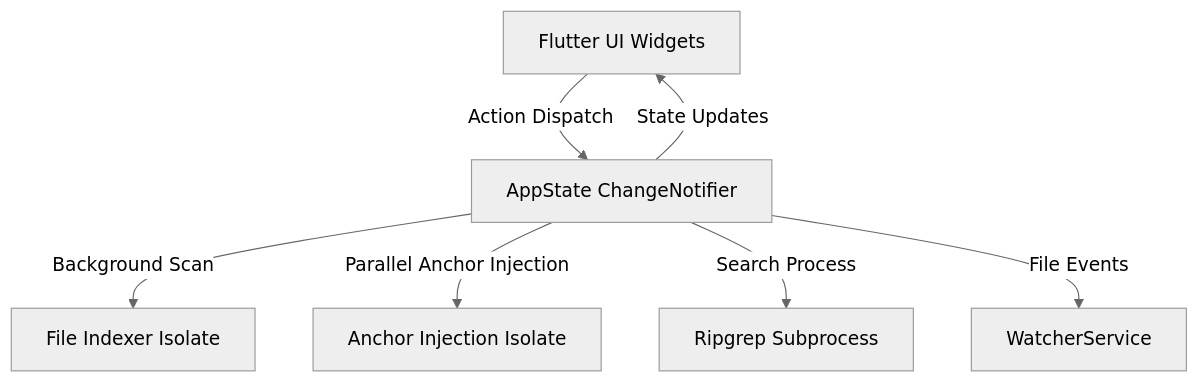
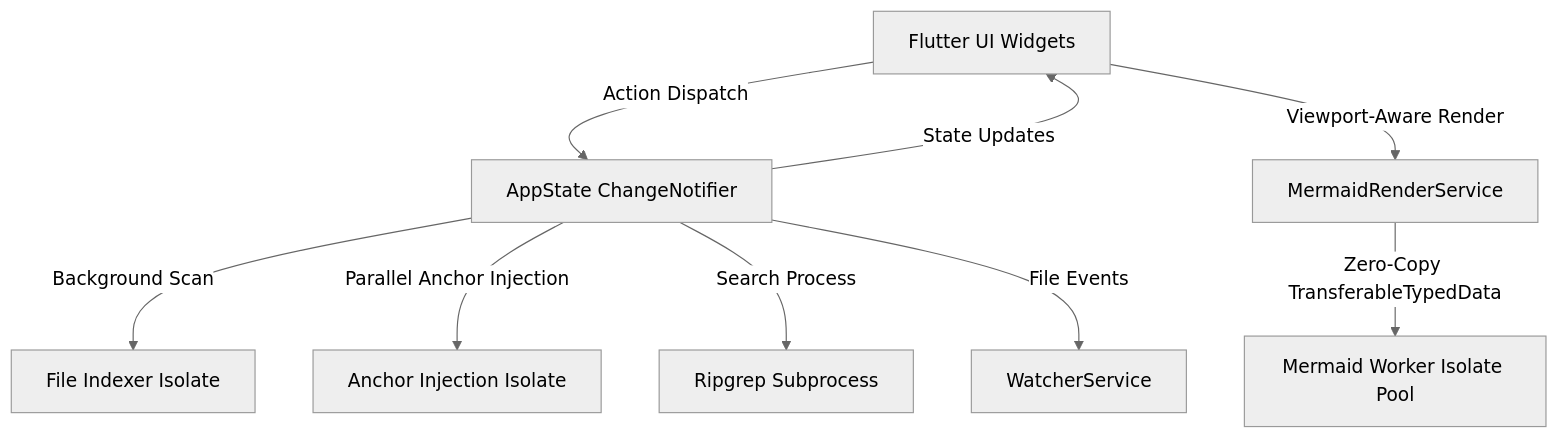
One commit to tkinnis/siren changed the diagram in docs/architecture.md. Above: the diagram before and after it, drawn with Mermaid (neutral theme). The commit also changed other lines of this file and 30 other files, not shown here.

First line of the commit message:
feat(mermaid): migrate Mermaid and SVG badge rendering to pure-Dart pele_dart

````diff
--- a/docs/architecture.md
+++ b/docs/architecture.md
@@ -17,9 +17,11 @@
 ```mermaid
 graph TD
     UI[Flutter UI Widgets] -->|Action Dispatch| State[AppState ChangeNotifier]
     State -->|State Updates| UI
     State -->|Background Scan| IndexerIsolate[File Indexer Isolate]
     State -->|Parallel Anchor Injection| AnchorIsolate[Anchor Injection Isolate]
     State -->|Search Process| Ripgrep[Ripgrep Subprocess]
     State -->|File Events| Watcher[WatcherService]
+    UI -->|Viewport-Aware Render| Mermaid[MermaidRenderService]
+    Mermaid -->|Zero-Copy TransferableTypedData| MermaidIsolates[Mermaid Worker Isolate Pool]
 ```
````
